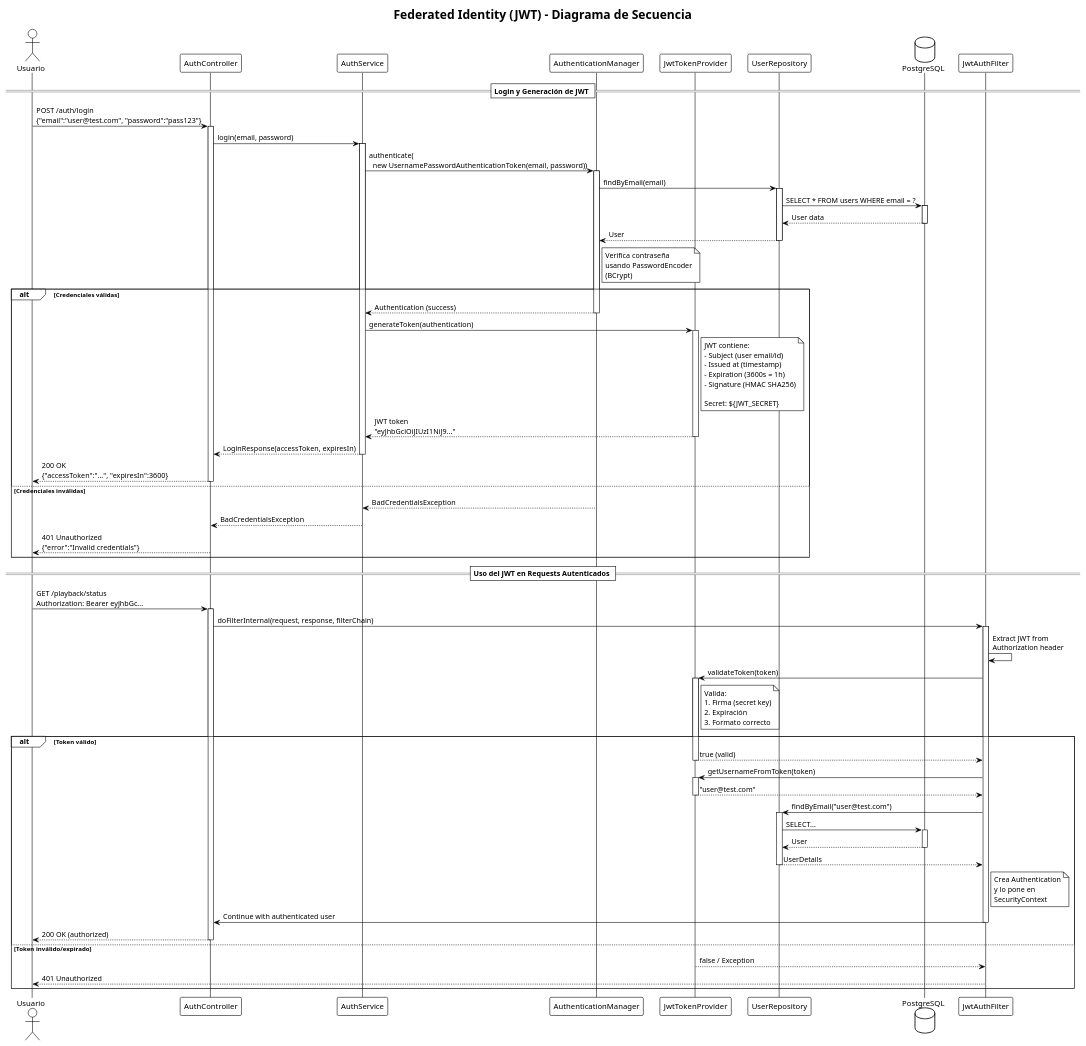
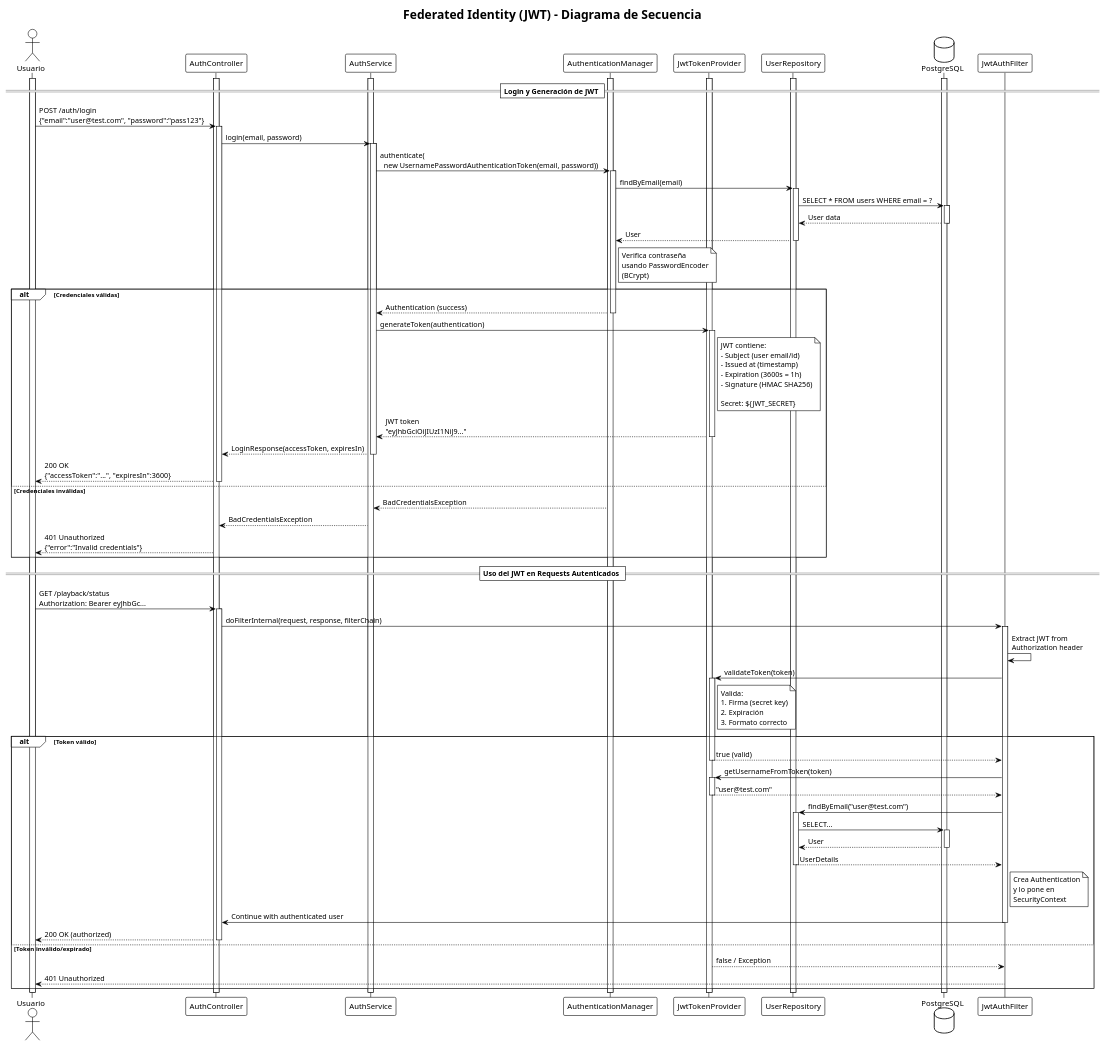
The diagram in diagramas/federated-identity-jwt-sequence.pu (clara-s-n/musify), drawn with PlantUML before and after one commit. The commit also changed 10 other files, not shown here.

Commit message:
Update diagrams with lifelines, external cloud structures, and justification notes

```diff
--- a/diagramas/federated-identity-jwt-sequence.pu
+++ b/diagramas/federated-identity-jwt-sequence.pu
@@ -1,130 +1,148 @@
 @startuml federated-identity-jwt-sequence
 !theme plain
 title Federated Identity (JWT) - Diagrama de Secuencia
 
 actor Usuario
 participant "AuthController" as Controller
 participant "AuthService" as Service
 participant "AuthenticationManager" as AuthManager
 participant "JwtTokenProvider" as JwtProvider
 participant "UserRepository" as Repo
 database "PostgreSQL" as DB
+
+' Lifelines
+activate Usuario
+activate Controller
+activate Service
+activate AuthManager
+activate JwtProvider
+activate Repo
+activate DB
 
 == Login y Generación de JWT ==
 
 Usuario -> Controller: POST /auth/login\n{"email":"user@test.com", "password":"pass123"}
 activate Controller
 
 Controller -> Service: login(email, password)
 activate Service
 
 Service -> AuthManager: authenticate(\n  new UsernamePasswordAuthenticationToken(email, password))
 activate AuthManager
 
 AuthManager -> Repo: findByEmail(email)
 activate Repo
 
 Repo -> DB: SELECT * FROM users WHERE email = ?
 activate DB
 DB --> Repo: User data
 deactivate DB
 
 Repo --> AuthManager: User
 deactivate Repo
 
 note right of AuthManager
   Verifica contraseña
   usando PasswordEncoder
   (BCrypt)
 end note
 
 alt Credenciales válidas
   AuthManager --> Service: Authentication (success)
   deactivate AuthManager
   
   Service -> JwtProvider: generateToken(authentication)
   activate JwtProvider
   
   note right of JwtProvider
     JWT contiene:
     - Subject (user email/id)
     - Issued at (timestamp)
     - Expiration (3600s = 1h)
     - Signature (HMAC SHA256)
     
     Secret: ${JWT_SECRET}
   end note
   
   JwtProvider --> Service: JWT token\n"eyJhbGciOiJIUzI1NiJ9..."
   deactivate JwtProvider
   
   Service --> Controller: LoginResponse(accessToken, expiresIn)
   deactivate Service
   
   Controller --> Usuario: 200 OK\n{"accessToken":"...", "expiresIn":3600}
   deactivate Controller
   
 else Credenciales inválidas
   AuthManager --> Service: BadCredentialsException
   Service --> Controller: BadCredentialsException
   Controller --> Usuario: 401 Unauthorized\n{"error":"Invalid credentials"}
 end
 
 == Uso del JWT en Requests Autenticados ==
 
 Usuario -> Controller: GET /playback/status\nAuthorization: Bearer eyJhbGc...
 activate Controller
 
 participant "JwtAuthFilter" as Filter
 
 Controller -> Filter: doFilterInternal(request, response, filterChain)
 activate Filter
 
 Filter -> Filter: Extract JWT from\nAuthorization header
 
 Filter -> JwtProvider: validateToken(token)
 activate JwtProvider
 
 note right of JwtProvider
   Valida:
   1. Firma (secret key)
   2. Expiración
   3. Formato correcto
 end note
 
 alt Token válido
   JwtProvider --> Filter: true (valid)
   deactivate JwtProvider
   
   Filter -> JwtProvider: getUsernameFromToken(token)
   activate JwtProvider
   JwtProvider --> Filter: "user@test.com"
   deactivate JwtProvider
   
   Filter -> Repo: findByEmail("user@test.com")
   activate Repo
   Repo -> DB: SELECT...
   activate DB
   DB --> Repo: User
   deactivate DB
   Repo --> Filter: UserDetails
   deactivate Repo
   
   note right of Filter
     Crea Authentication
     y lo pone en
     SecurityContext
   end note
   
   Filter -> Controller: Continue with authenticated user
   deactivate Filter
   
   Controller --> Usuario: 200 OK (authorized)
   deactivate Controller
   
 else Token inválido/expirado
   JwtProvider --> Filter: false / Exception
   Filter --> Usuario: 401 Unauthorized
 end
 
+' End lifelines
+deactivate Usuario
+deactivate Controller
+deactivate Service
+deactivate AuthManager
+deactivate JwtProvider
+deactivate Repo
+deactivate DB
+
 @enduml
```
